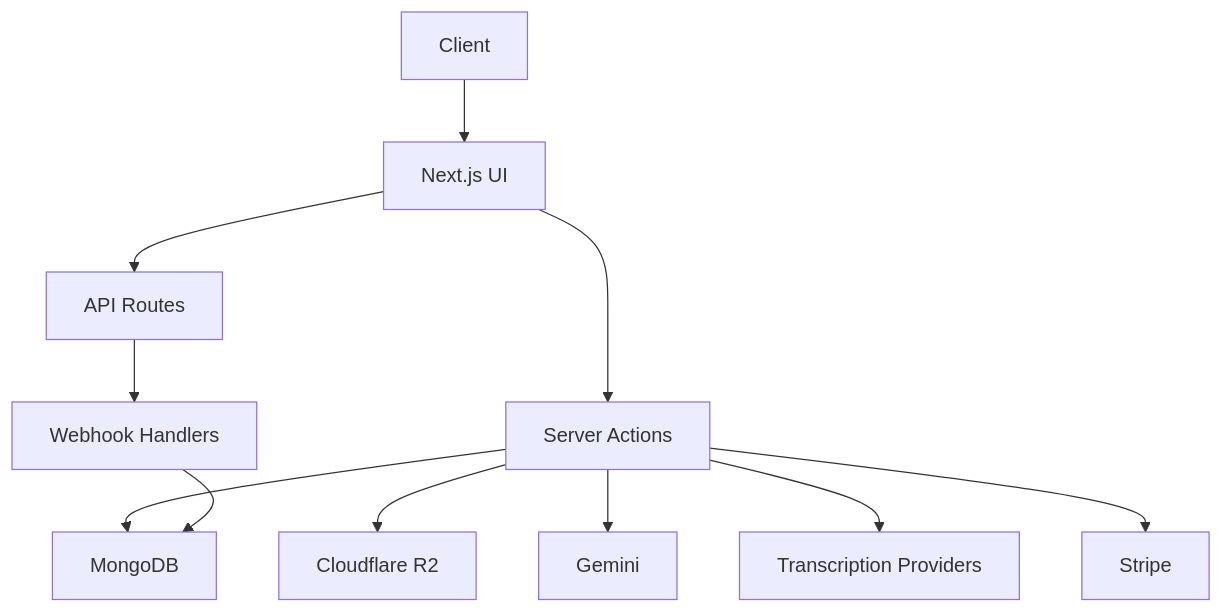
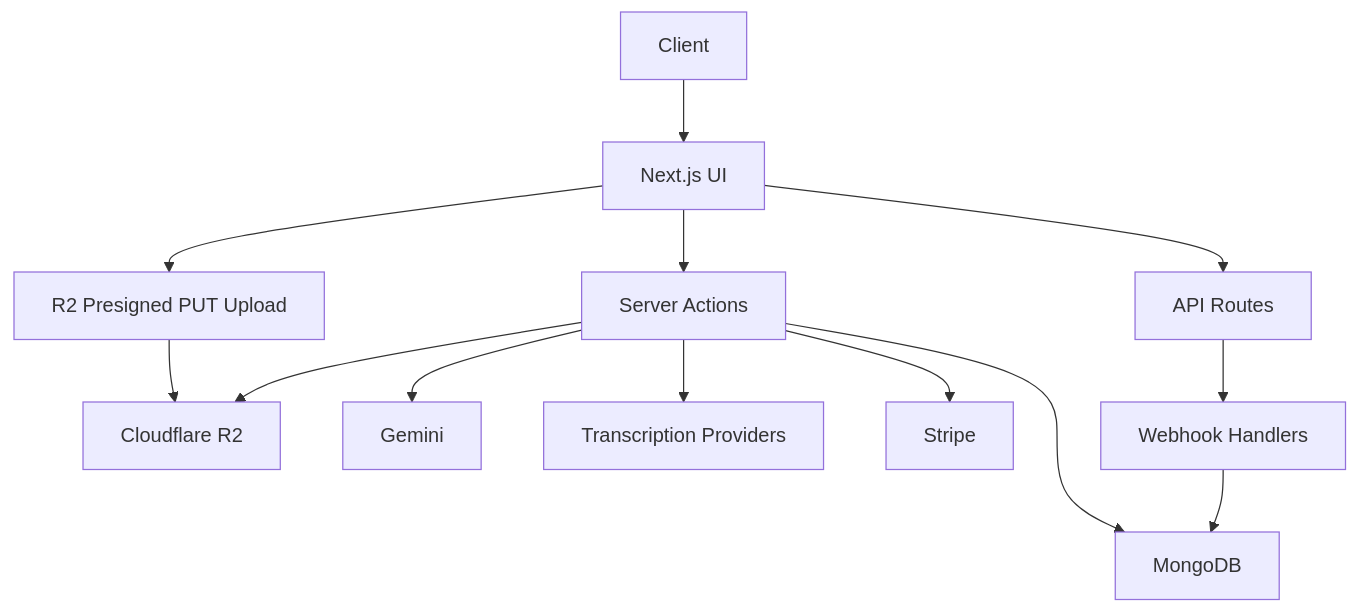
One commit to virusz4274/callery changed the diagram in docs/architecture.md. Above: the diagram before and after it, drawn with Mermaid. The commit also changed other lines of this file and 137 other files, not shown here.

````diff
--- a/docs/architecture.md
+++ b/docs/architecture.md
@@ -17,15 +17,17 @@
 ```mermaid
 graph TD
     U["Client"] --> A["Next.js UI"]
     A --> SA["Server Actions"]
     A --> API["API Routes"]
+    A --> R2PUT["R2 Presigned PUT Upload"]
+    R2PUT --> R2["Cloudflare R2"]
 
     SA --> MDB["MongoDB"]
-    SA --> R2["Cloudflare R2"]
+    SA --> R2
     SA --> GEM["Gemini"]
     SA --> TR["Transcription Providers"]
     SA --> STR["Stripe"]
 
     API --> WH["Webhook Handlers"]
     WH --> MDB
 ```
````
